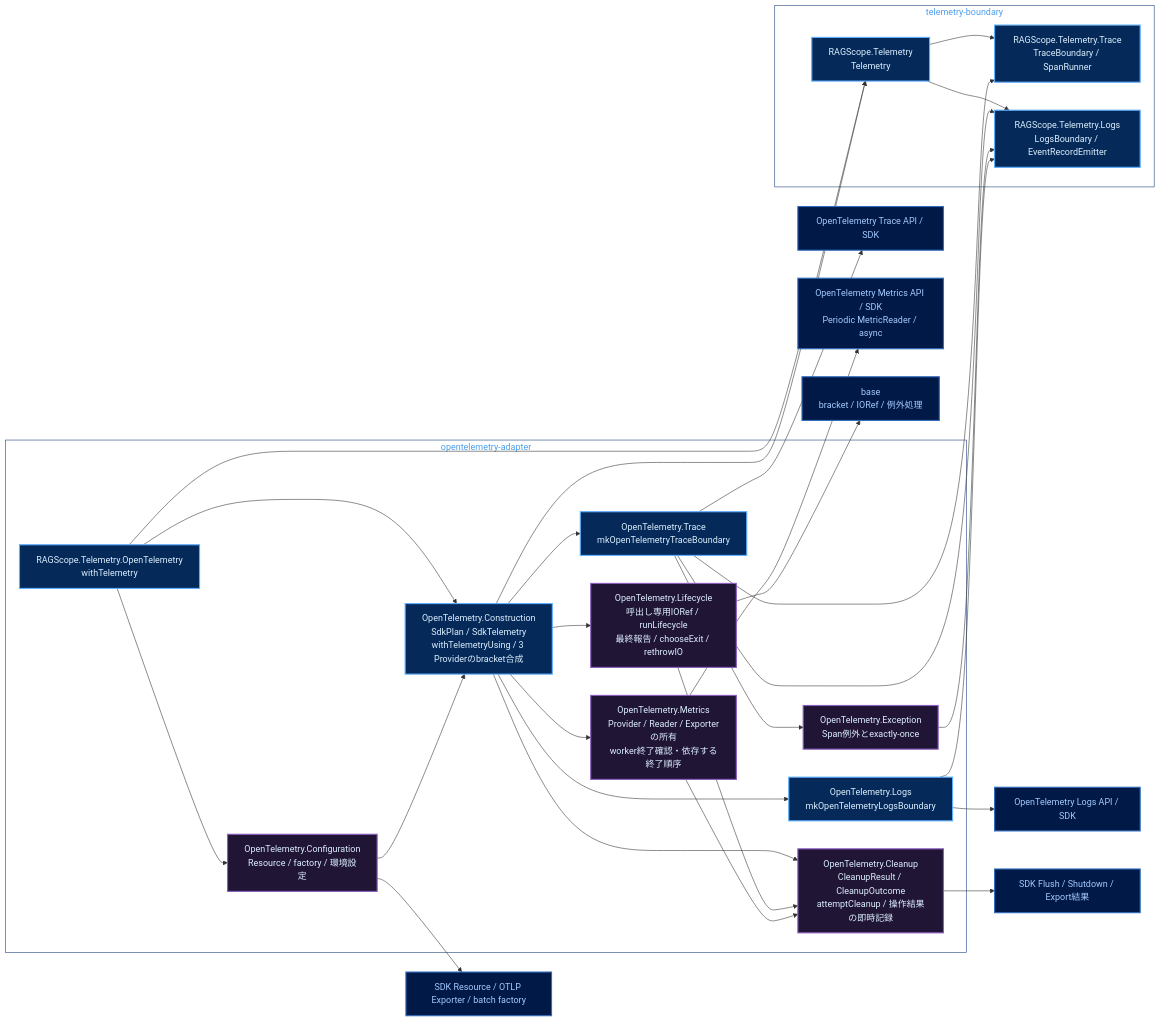
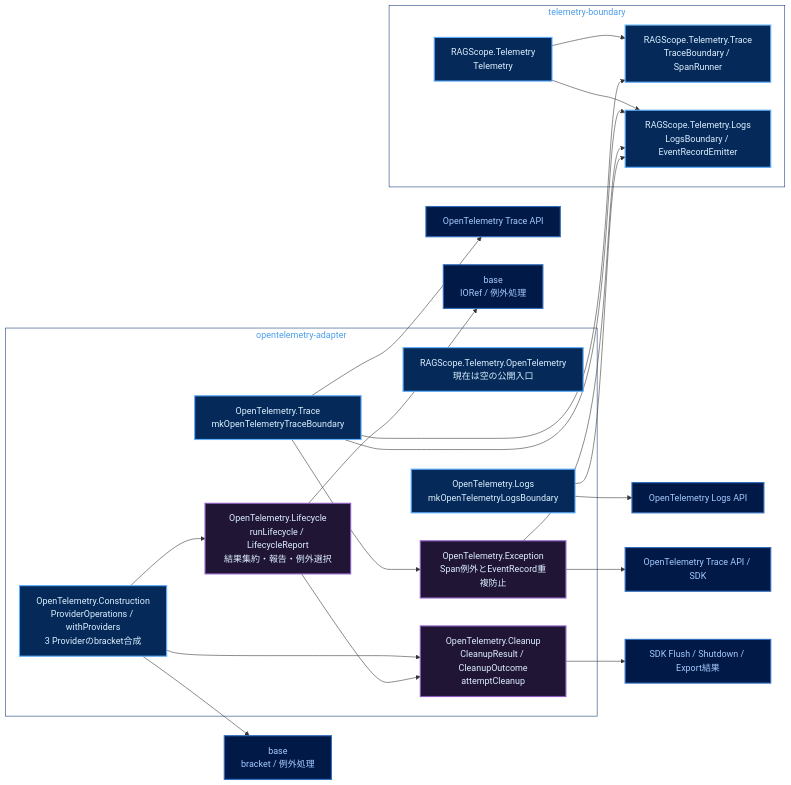
The second of 4 diagrams in Notes/RAGScope/RAGScopeアプリケーション/RAGScopeアプリケーション Haskellライブラリ・モジュールマップ.md (takashit16833/Workbench), drawn with Mermaid before and after one commit. The commit also changed other lines of this file, not shown here.

Commit message:
docs: sync RAGScope module map with RS-0024 lifecycle implementation

````diff
--- a/Notes/RAGScope/RAGScopeアプリケーション/RAGScopeアプリケーション Haskellライブラリ・モジュールマップ.md
+++ b/Notes/RAGScope/RAGScopeアプリケーション/RAGScopeアプリケーション Haskellライブラリ・モジュールマップ.md
@@ -50,57 +52,46 @@
 ```mermaid
 flowchart LR
   subgraph boundary["telemetry-boundary"]
     telemetry["RAGScope.Telemetry<br/>Telemetry"]
     traceBoundary["RAGScope.Telemetry.Trace<br/>TraceBoundary / SpanRunner"]
     logsBoundary["RAGScope.Telemetry.Logs<br/>LogsBoundary / EventRecordEmitter"]
   end
 
   subgraph adapter["opentelemetry-adapter"]
-    otelRoot["RAGScope.Telemetry.OpenTelemetry<br/>withTelemetry"]
-    construction["OpenTelemetry.Construction<br/>SdkPlan / SdkTelemetry<br/>withTelemetryUsing / 3 Providerのbracket合成"]
-    configuration["OpenTelemetry.Configuration<br/>Resource / factory / 環境設定"]
-    lifecycle["OpenTelemetry.Lifecycle<br/>呼出し専用IORef / runLifecycle<br/>最終報告 / chooseExit / rethrowIO"]
-    cleanup["OpenTelemetry.Cleanup<br/>CleanupResult / CleanupOutcome<br/>attemptCleanup / 操作結果の即時記録"]
-    metrics["OpenTelemetry.Metrics<br/>Provider / Reader / Exporterの所有<br/>worker終了確認・依存する終了順序"]
+    otelRoot["RAGScope.Telemetry.OpenTelemetry<br/>現在は空の公開入口"]
+    construction["OpenTelemetry.Construction<br/>ProviderOperations / withProviders<br/>3 Providerのbracket合成"]
+    lifecycle["OpenTelemetry.Lifecycle<br/>runLifecycle / LifecycleReport<br/>結果集約・報告・例外選択"]
+    cleanup["OpenTelemetry.Cleanup<br/>CleanupResult / CleanupOutcome<br/>attemptCleanup"]
     otelTrace["OpenTelemetry.Trace<br/>mkOpenTelemetryTraceBoundary"]
     otelLogs["OpenTelemetry.Logs<br/>mkOpenTelemetryLogsBoundary"]
-    otelException["OpenTelemetry.Exception<br/>Span例外とexactly-once"]
+    otelException["OpenTelemetry.Exception<br/>Span例外とEventRecord重複防止"]
   end
 
   telemetry --> traceBoundary
   telemetry --> logsBoundary
-  otelRoot --> configuration
-  otelRoot --> construction
-  otelRoot --> telemetry
-  configuration --> construction
   construction --> lifecycle
   construction --> cleanup
-  construction --> metrics
-  construction --> otelTrace
-  construction --> otelLogs
-  construction --> telemetry
   lifecycle --> cleanup
-  metrics --> cleanup
   otelTrace --> traceBoundary
   otelTrace --> logsBoundary
   otelTrace --> otelException
   otelException --> logsBoundary
   otelLogs --> logsBoundary
 
-  otelTrace --> sdkTrace["OpenTelemetry Trace API / SDK"]
-  otelLogs --> sdkLogs["OpenTelemetry Logs API / SDK"]
-  metrics --> sdkMetric["OpenTelemetry Metrics API / SDK<br/>Periodic MetricReader / async"]
-  configuration --> sdkConfig["SDK Resource / OTLP Exporter / batch factory"]
+  otelTrace --> sdkTrace["OpenTelemetry Trace API"]
+  otelLogs --> sdkLogs["OpenTelemetry Logs API"]
+  otelException --> sdkException["OpenTelemetry Trace API / SDK"]
   cleanup --> sdkResult["SDK Flush / Shutdown / Export結果"]
-  lifecycle --> baseException["base<br/>bracket / IORef / 例外処理"]
+  lifecycle --> baseException["base<br/>IORef / 例外処理"]
+  construction --> baseBracket["base<br/>bracket / 例外処理"]
 
   classDef public fill:#052A59,stroke:#5EAFFF,color:#DDF0FF,stroke-width:2px
   classDef private fill:#211536,stroke:#8A5EC0,color:#DDF0FF,stroke-width:2px
   classDef external fill:#001947,stroke:#316CBD,color:#A6CAFF,stroke-width:2px
 
   class telemetry,traceBoundary,logsBoundary,otelRoot,construction,otelTrace,otelLogs public
-  class configuration,lifecycle,cleanup,metrics,otelException private
-  class sdkTrace,sdkLogs,sdkMetric,sdkConfig,sdkResult,baseException external
+  class lifecycle,cleanup,otelException private
+  class sdkTrace,sdkLogs,sdkException,sdkResult,baseException,baseBracket external
   style boundary fill:transparent,stroke:#153A75,color:#4C9EEB
   style adapter fill:transparent,stroke:#153A75,color:#4C9EEB
 ```
````
